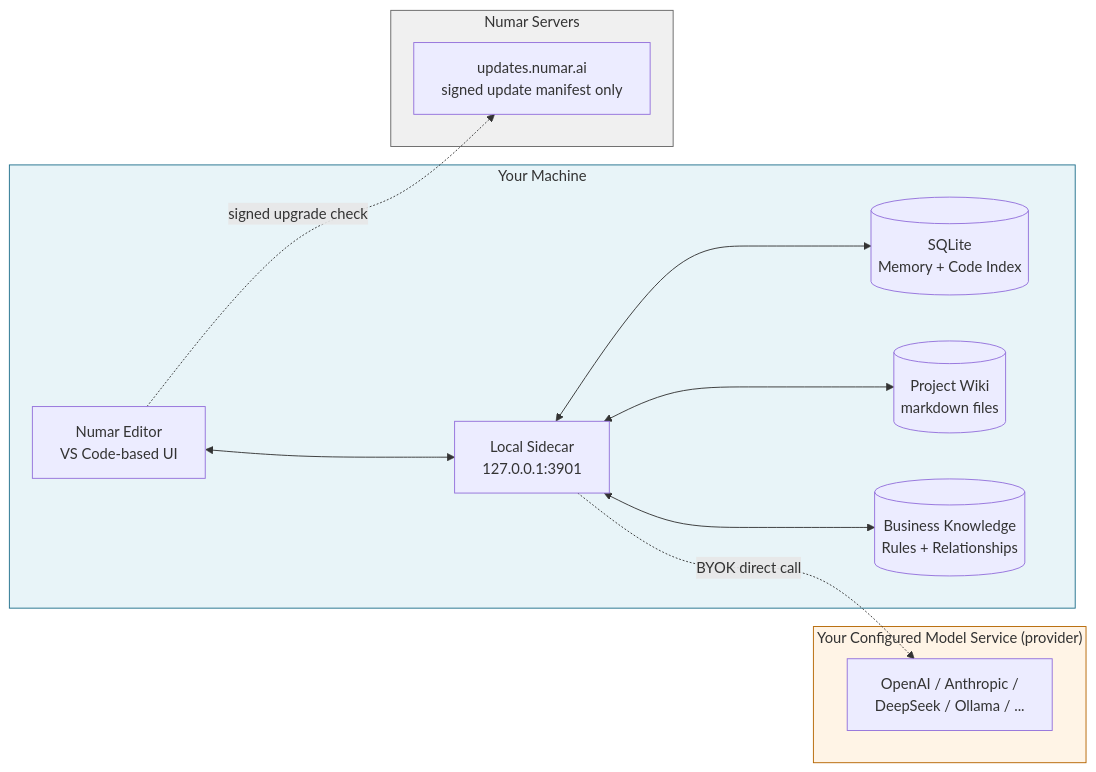
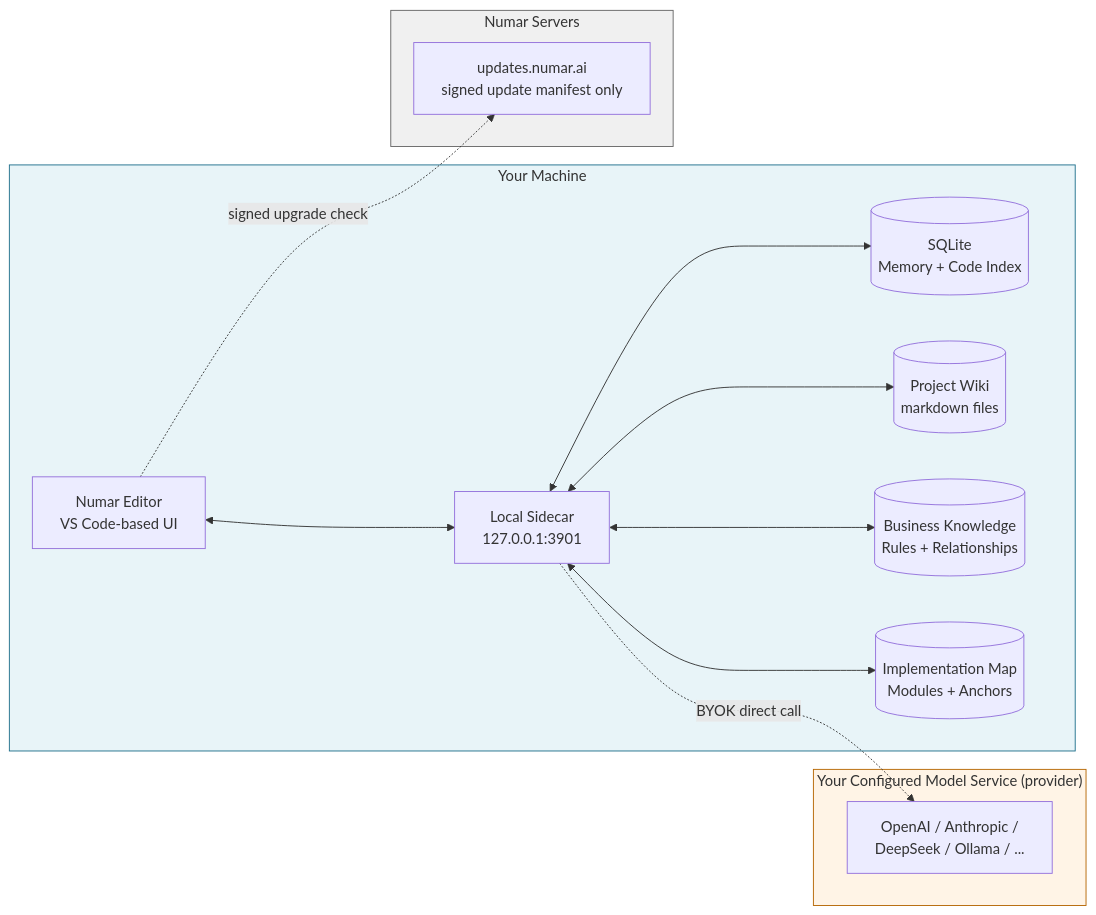
One commit to NumarAI/numar-releases changed the first of 3 diagrams in README.md. Above: the diagram before and after it, drawn with Mermaid. The commit also changed other lines of this file, not shown here.

Commit message:
docs: refresh README for v0.1.33 (map, status bar, investigation grouping)

````diff
--- a/README.md
+++ b/README.md
@@ -67,33 +70,35 @@
 ```mermaid
 graph LR
     subgraph YourMachine["Your Machine"]
         Editor[Numar Editor<br/>VS Code-based UI]
         Sidecar[Local Sidecar<br/>127.0.0.1:3901]
         SQLite[(SQLite<br/>Memory + Code Index)]
         Wiki[(Project Wiki<br/>markdown files)]
         BusinessKnowledge[(Business Knowledge<br/>Rules + Relationships)]
+        ImplementationMap[(Implementation Map<br/>Modules + Anchors)]
         Editor <--> Sidecar
         Sidecar <--> SQLite
         Sidecar <--> Wiki
         Sidecar <--> BusinessKnowledge
+        Sidecar <--> ImplementationMap
     end
 
     subgraph YourProvider["Your Configured Model Service (provider)"]
         LLM[OpenAI / Anthropic /<br/>DeepSeek / Ollama / ...]
     end
 
     Sidecar -.BYOK direct call.-> LLM
 
     subgraph NumarServers["Numar Servers"]
         UpdateServer[updates.numar.ai<br/>signed update manifest only]
     end
 
     Editor -.signed upgrade check.-> UpdateServer
 
     classDef yours fill:#e8f4f8,stroke:#1f6f8b
     classDef provider fill:#fff4e6,stroke:#b56500
     classDef ours fill:#f0f0f0,stroke:#666
     class YourMachine yours
     class YourProvider provider
     class NumarServers ours
 ```
````
